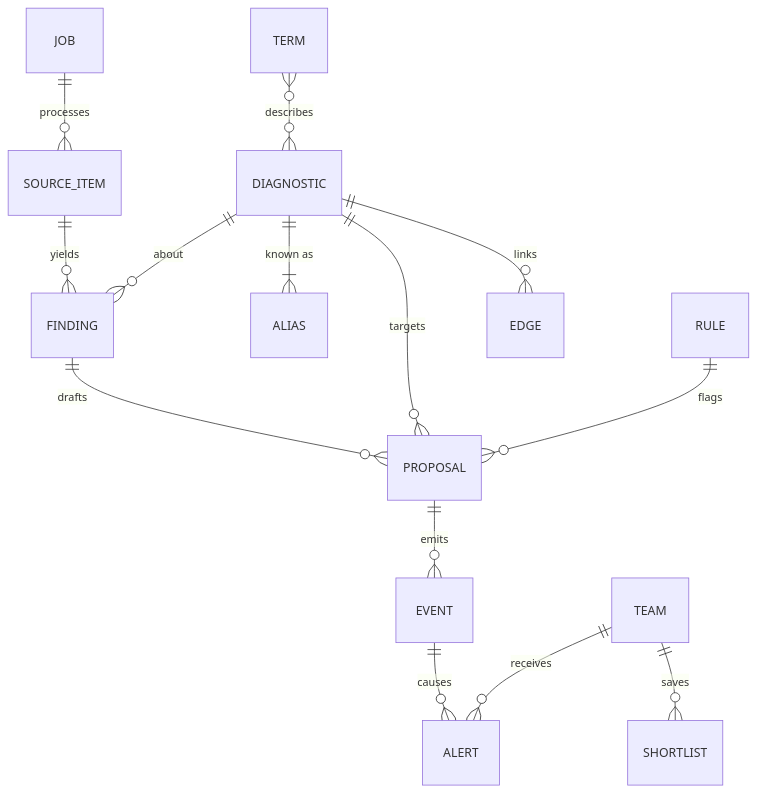
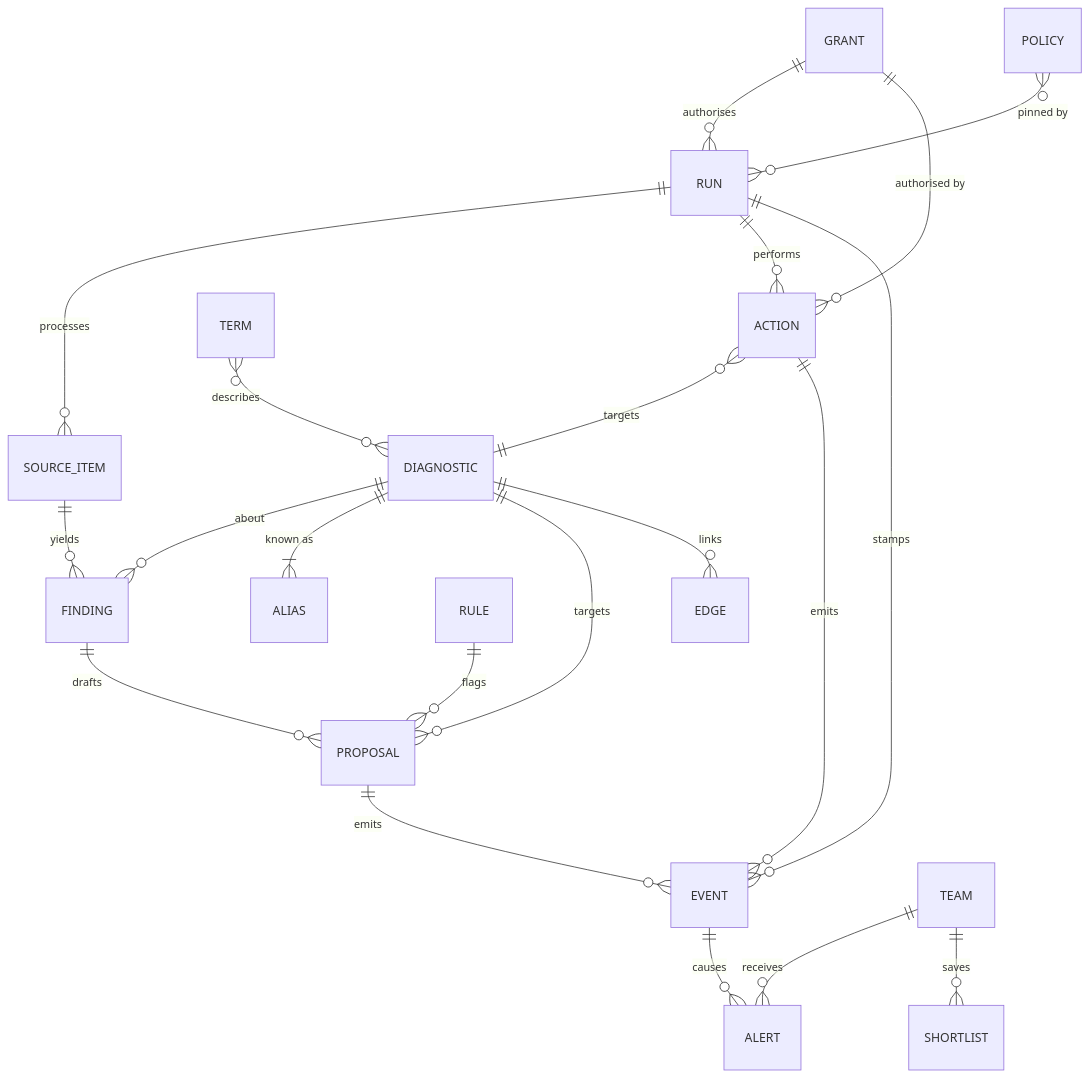
The fifth of 5 diagrams in _bmad-output/planning-artifacts/architecture/architecture-agents-in-context-toronto-2026-11-13/ARCHITECTURE-SPINE.md (lutic1/agents-in-context-toronto), drawn with Mermaid before and after one commit. The commit also changed other lines of this file and 86 other files, not shown here.

````diff
--- a/_bmad-output/planning-artifacts/architecture/architecture-agents-in-context-toronto-2026-11-13/ARCHITECTURE-SPINE.md
+++ b/_bmad-output/planning-artifacts/architecture/architecture-agents-in-context-toronto-2026-11-13/ARCHITECTURE-SPINE.md
@@ -408,16 +630,23 @@
 ```mermaid
 erDiagram
-  JOB ||--o{ SOURCE_ITEM : processes
+  RUN ||--o{ SOURCE_ITEM : processes
+  GRANT ||--o{ RUN : authorises
+  POLICY }o--o{ RUN : "pinned by"
+  RUN ||--o{ ACTION : performs
+  GRANT ||--o{ ACTION : "authorised by"
+  ACTION }o--|| DIAGNOSTIC : targets
+  ACTION ||--o{ EVENT : emits
+  RUN ||--o{ EVENT : stamps
   SOURCE_ITEM ||--o{ FINDING : yields
   DIAGNOSTIC ||--o{ FINDING : about
   DIAGNOSTIC ||--|{ ALIAS : "known as"
   FINDING ||--o{ PROPOSAL : drafts
   DIAGNOSTIC ||--o{ PROPOSAL : targets
   RULE ||--o{ PROPOSAL : flags
   PROPOSAL ||--o{ EVENT : emits
   DIAGNOSTIC ||--o{ EDGE : links
   EVENT ||--o{ ALERT : causes
   TEAM ||--o{ ALERT : receives
   TEAM ||--o{ SHORTLIST : saves
   TERM }o--o{ DIAGNOSTIC : describes
 ```
````
